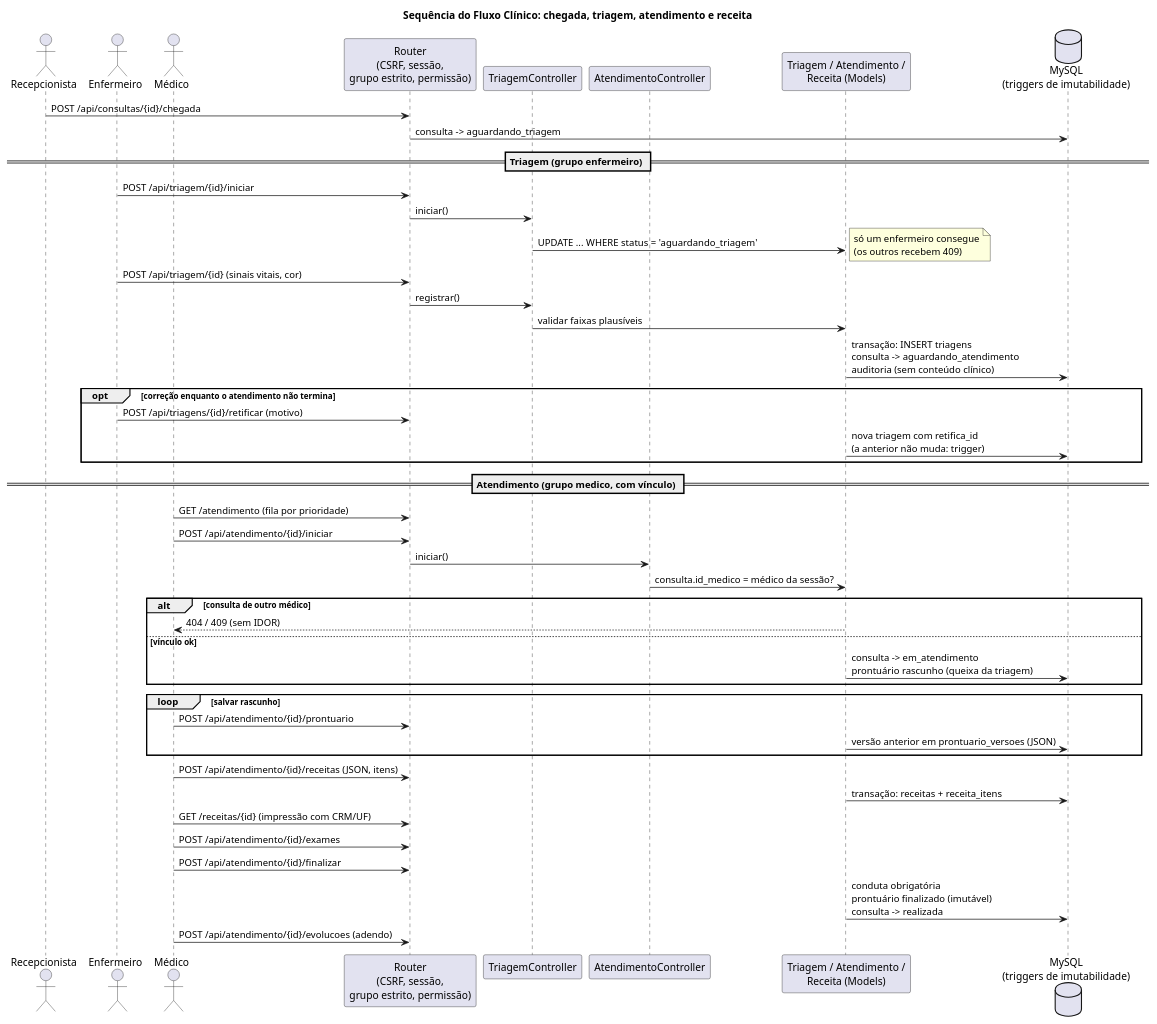
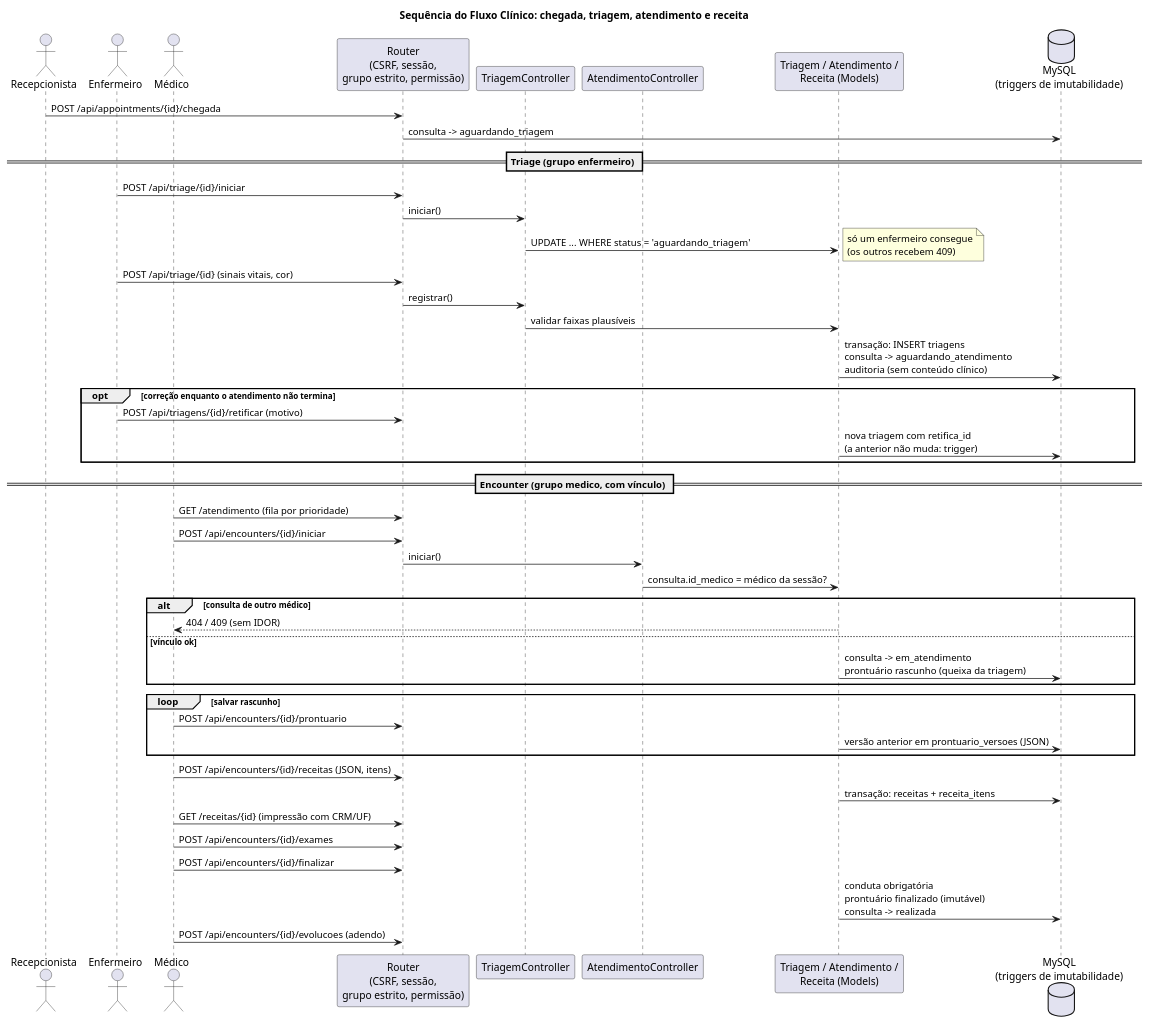
Before and after one commit to roobertoAlves/hospital-case-backend: the diagram in diagrams/Seq_Fluxo_Clinico.puml, drawn with PlantUML. The commit also changed 89 other files, not shown here.

```diff
--- a/diagrams/Seq_Fluxo_Clinico.puml
+++ b/diagrams/Seq_Fluxo_Clinico.puml
@@ -1,51 +1,51 @@
 @startuml Seq_Fluxo_Clinico
 title Sequência do Fluxo Clínico: chegada, triagem, atendimento e receita
 
 actor "Recepcionista" as Rec
 actor "Enfermeiro" as Enf
 actor "Médico" as Med
 participant "Router\n(CSRF, sessão,\ngrupo estrito, permissão)" as Router
 participant "TriagemController" as TC
 participant "AtendimentoController" as AC
 participant "Triagem / Atendimento /\nReceita (Models)" as Model
 database "MySQL\n(triggers de imutabilidade)" as DB
 
-Rec -> Router : POST /api/consultas/{id}/chegada
+Rec -> Router : POST /api/appointments/{id}/chegada
 Router -> DB : consulta -> aguardando_triagem
 
-== Triagem (grupo enfermeiro) ==
-Enf -> Router : POST /api/triagem/{id}/iniciar
+== Triage (grupo enfermeiro) ==
+Enf -> Router : POST /api/triage/{id}/iniciar
 Router -> TC : iniciar()
 TC -> Model : UPDATE ... WHERE status = 'aguardando_triagem'
 note right : só um enfermeiro consegue\n(os outros recebem 409)
-Enf -> Router : POST /api/triagem/{id} (sinais vitais, cor)
+Enf -> Router : POST /api/triage/{id} (sinais vitais, cor)
 Router -> TC : registrar()
 TC -> Model : validar faixas plausíveis
 Model -> DB : transação: INSERT triagens\nconsulta -> aguardando_atendimento\nauditoria (sem conteúdo clínico)
 opt correção enquanto o atendimento não termina
   Enf -> Router : POST /api/triagens/{id}/retificar (motivo)
   Model -> DB : nova triagem com retifica_id\n(a anterior não muda: trigger)
 end
 
-== Atendimento (grupo medico, com vínculo) ==
+== Encounter (grupo medico, com vínculo) ==
 Med -> Router : GET /atendimento (fila por prioridade)
-Med -> Router : POST /api/atendimento/{id}/iniciar
+Med -> Router : POST /api/encounters/{id}/iniciar
 Router -> AC : iniciar()
 AC -> Model : consulta.id_medico = médico da sessão?
 alt consulta de outro médico
   Model --> Med : 404 / 409 (sem IDOR)
 else vínculo ok
   Model -> DB : consulta -> em_atendimento\nprontuário rascunho (queixa da triagem)
 end
 loop salvar rascunho
-  Med -> Router : POST /api/atendimento/{id}/prontuario
+  Med -> Router : POST /api/encounters/{id}/prontuario
   Model -> DB : versão anterior em prontuario_versoes (JSON)
 end
-Med -> Router : POST /api/atendimento/{id}/receitas (JSON, itens)
+Med -> Router : POST /api/encounters/{id}/receitas (JSON, itens)
 Model -> DB : transação: receitas + receita_itens
 Med -> Router : GET /receitas/{id} (impressão com CRM/UF)
-Med -> Router : POST /api/atendimento/{id}/exames
-Med -> Router : POST /api/atendimento/{id}/finalizar
+Med -> Router : POST /api/encounters/{id}/exames
+Med -> Router : POST /api/encounters/{id}/finalizar
 Model -> DB : conduta obrigatória\nprontuário finalizado (imutável)\nconsulta -> realizada
-Med -> Router : POST /api/atendimento/{id}/evolucoes (adendo)
+Med -> Router : POST /api/encounters/{id}/evolucoes (adendo)
 @enduml
```
